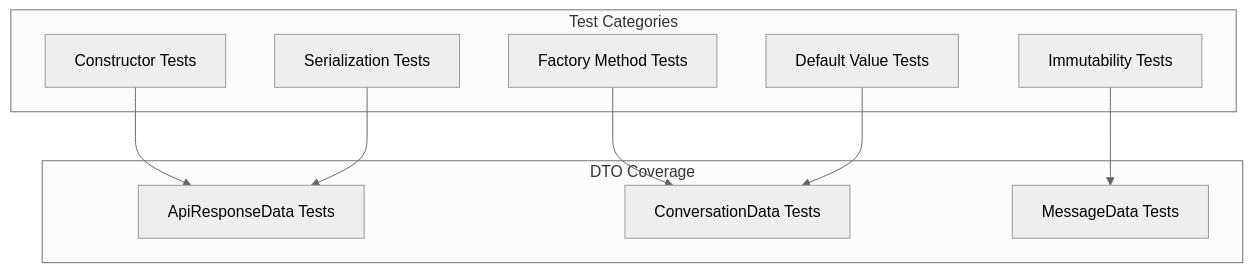
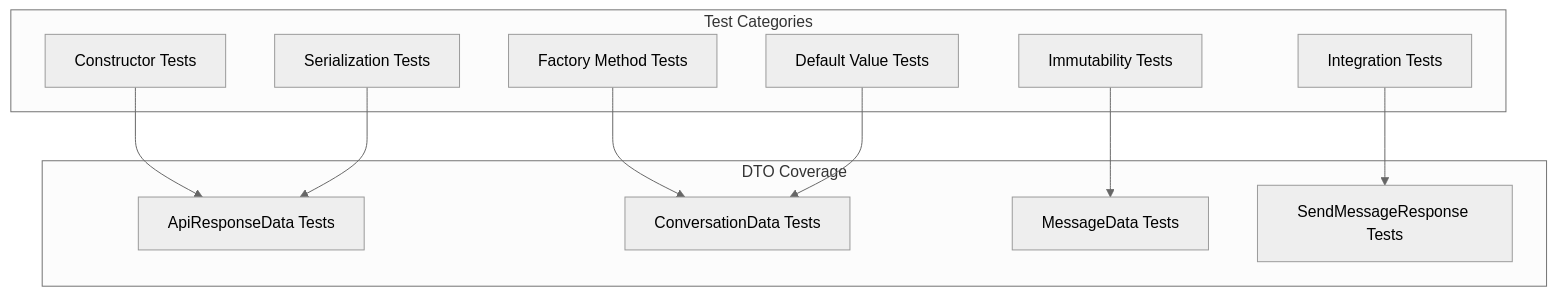
Diagram 11 of 12 in .qoder/repowiki/en/content/Data Transfer Objects Specification.md (siimliimand/laravel-assistant), drawn with Mermaid (neutral theme) before and after one commit. The commit also changed other lines of this file and 8 other files, not shown here.

First line of the commit message:
docs(actions): add PrepareChatViewAction and update architecture docs

````diff
--- a/.qoder/repowiki/en/content/Data Transfer Objects Specification.md
+++ b/.qoder/repowiki/en/content/Data Transfer Objects Specification.md
@@ -366,20 +472,23 @@
 ```mermaid
 graph TB
 subgraph "Test Categories"
 CT[Constructor Tests]
 FT[Factory Method Tests]
 IT[Immutability Tests]
 ST[Serialization Tests]
 DT[Default Value Tests]
+INT[Integration Tests]
 end
 subgraph "DTO Coverage"
 ADT[ApiResponseData Tests]
 CDT[ConversationData Tests]
 MDT[MessageData Tests]
+SDT[SendMessageResponse Tests]
 end
 CT --> ADT
 FT --> CDT
 IT --> MDT
 ST --> ADT
 DT --> CDT
+INT --> SDT
 ```
````
